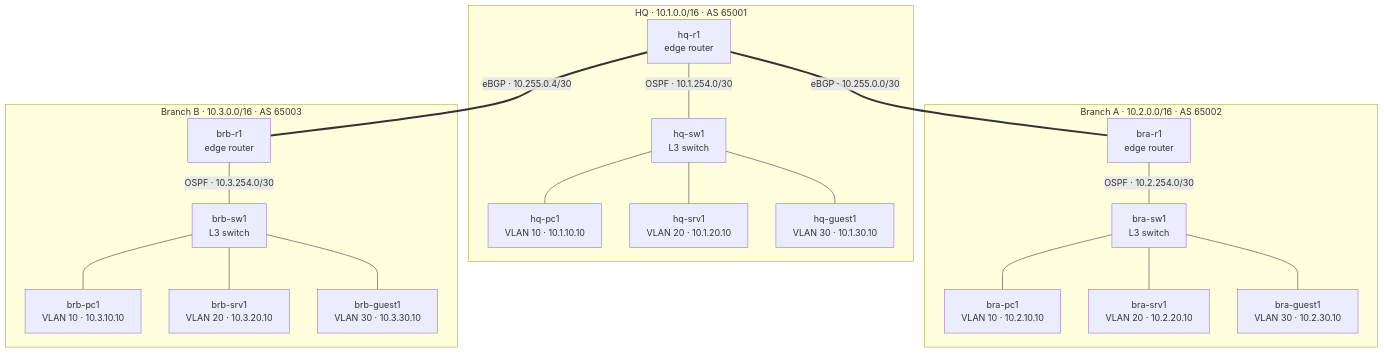
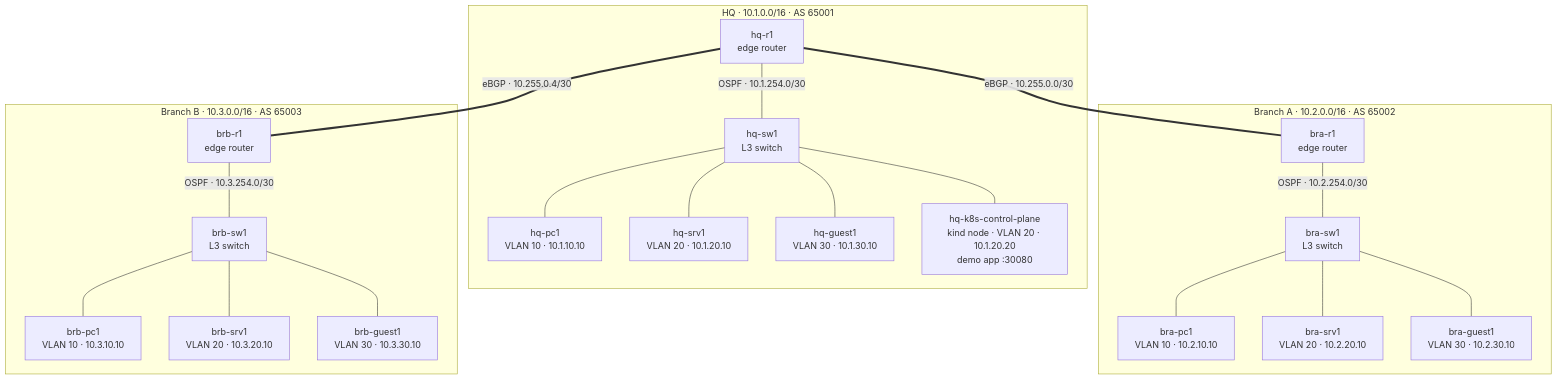
One commit to nstamonica/network-lab changed the diagram in diagrams/topology.md. Above: the diagram before and after it, drawn with Mermaid. The commit also changed other lines of this file and 3 other files, not shown here.

````diff
--- a/diagrams/topology.md
+++ b/diagrams/topology.md
@@ -3,41 +3,43 @@
 ```mermaid
 flowchart TB
     subgraph HQ["HQ · 10.1.0.0/16 · AS 65001"]
         hqr1["hq-r1<br/>edge router"]
         hqsw1["hq-sw1<br/>L3 switch"]
         hqpc1["hq-pc1<br/>VLAN 10 · 10.1.10.10"]
         hqsrv1["hq-srv1<br/>VLAN 20 · 10.1.20.10"]
         hqg1["hq-guest1<br/>VLAN 30 · 10.1.30.10"]
+        hqk8s["hq-k8s-control-plane<br/>kind node · VLAN 20 · 10.1.20.20<br/>demo app :30080"]
         hqr1 ---|"OSPF · 10.1.254.0/30"| hqsw1
         hqsw1 --- hqpc1
         hqsw1 --- hqsrv1
         hqsw1 --- hqg1
+        hqsw1 --- hqk8s
     end
 
     subgraph BRA["Branch A · 10.2.0.0/16 · AS 65002"]
         brar1["bra-r1<br/>edge router"]
         brasw1["bra-sw1<br/>L3 switch"]
         brapc1["bra-pc1<br/>VLAN 10 · 10.2.10.10"]
         brasrv1["bra-srv1<br/>VLAN 20 · 10.2.20.10"]
         brag1["bra-guest1<br/>VLAN 30 · 10.2.30.10"]
         brar1 ---|"OSPF · 10.2.254.0/30"| brasw1
         brasw1 --- brapc1
         brasw1 --- brasrv1
         brasw1 --- brag1
     end
 
     subgraph BRB["Branch B · 10.3.0.0/16 · AS 65003"]
         brbr1["brb-r1<br/>edge router"]
         brbsw1["brb-sw1<br/>L3 switch"]
         brbpc1["brb-pc1<br/>VLAN 10 · 10.3.10.10"]
         brbsrv1["brb-srv1<br/>VLAN 20 · 10.3.20.10"]
         brbg1["brb-guest1<br/>VLAN 30 · 10.3.30.10"]
         brbr1 ---|"OSPF · 10.3.254.0/30"| brbsw1
         brbsw1 --- brbpc1
         brbsw1 --- brbsrv1
         brbsw1 --- brbg1
     end
 
     hqr1 ===|"eBGP · 10.255.0.0/30"| brar1
     hqr1 ===|"eBGP · 10.255.0.4/30"| brbr1
 ```
````
